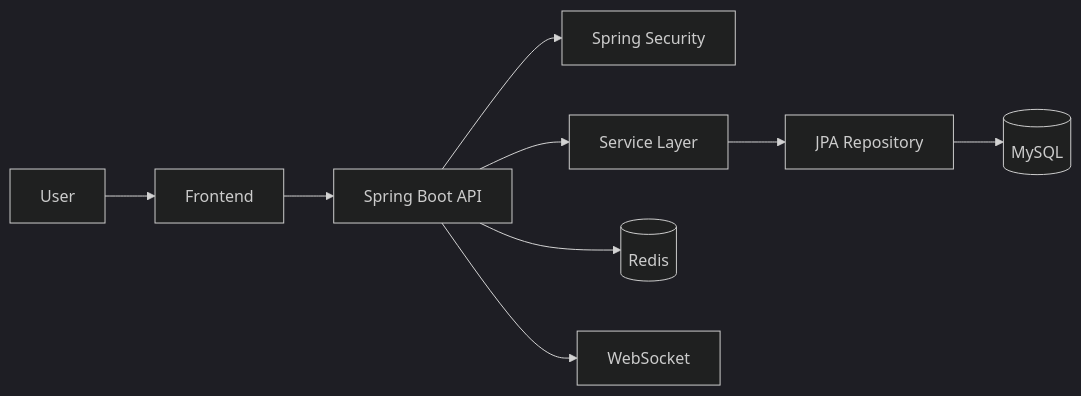
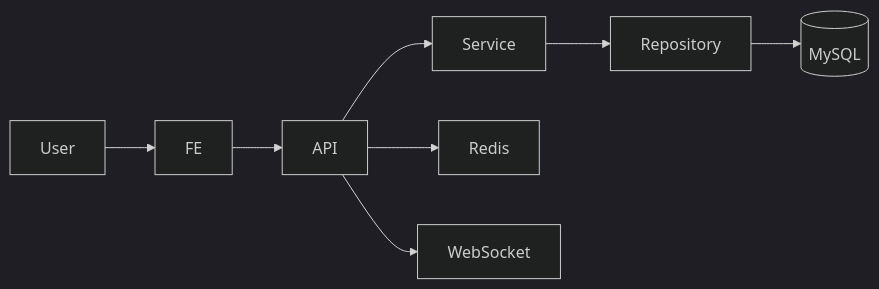
Before and after one commit to mjkang4416/CC_back: the second of 2 diagrams in docs/README.md, drawn with Mermaid (dark theme). The commit also changed other lines of this file, not shown here.

````diff
--- a/docs/README.md
+++ b/docs/README.md
@@ -166,11 +114,10 @@
 ``` mermaid
 flowchart LR
-    User[User] --> FE[Frontend]
-    FE --> API[Spring Boot API]
-    API --> SEC[Spring Security]
-    API --> SERVICE[Service Layer]
-    SERVICE --> REPO[JPA Repository]
-    REPO --> DB[(MySQL)]
-    API --> REDIS[(Redis)]
-    API --> WS[WebSocket]
+User --> FE
+FE --> API
+API --> Service
+Service --> Repository
+Repository --> DB[(MySQL)]
+API --> Redis
+API --> WebSocket
 ```
````
